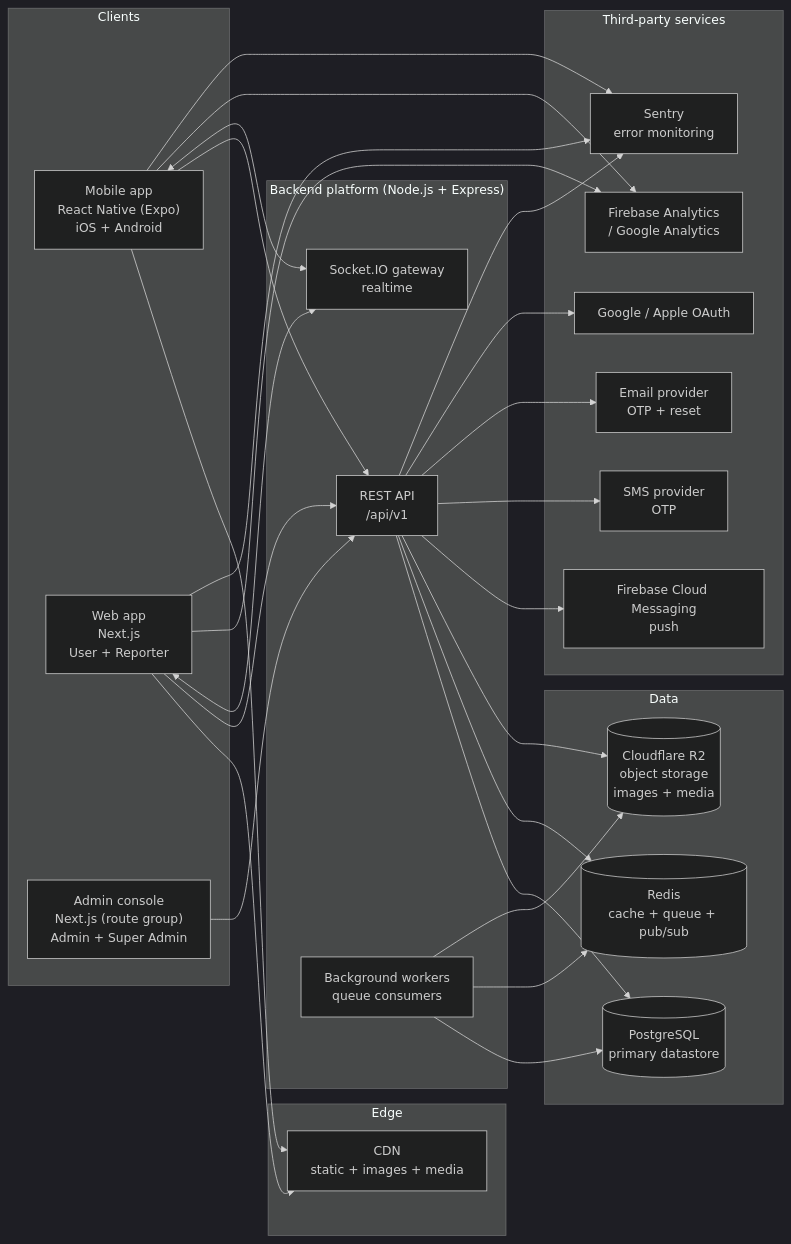
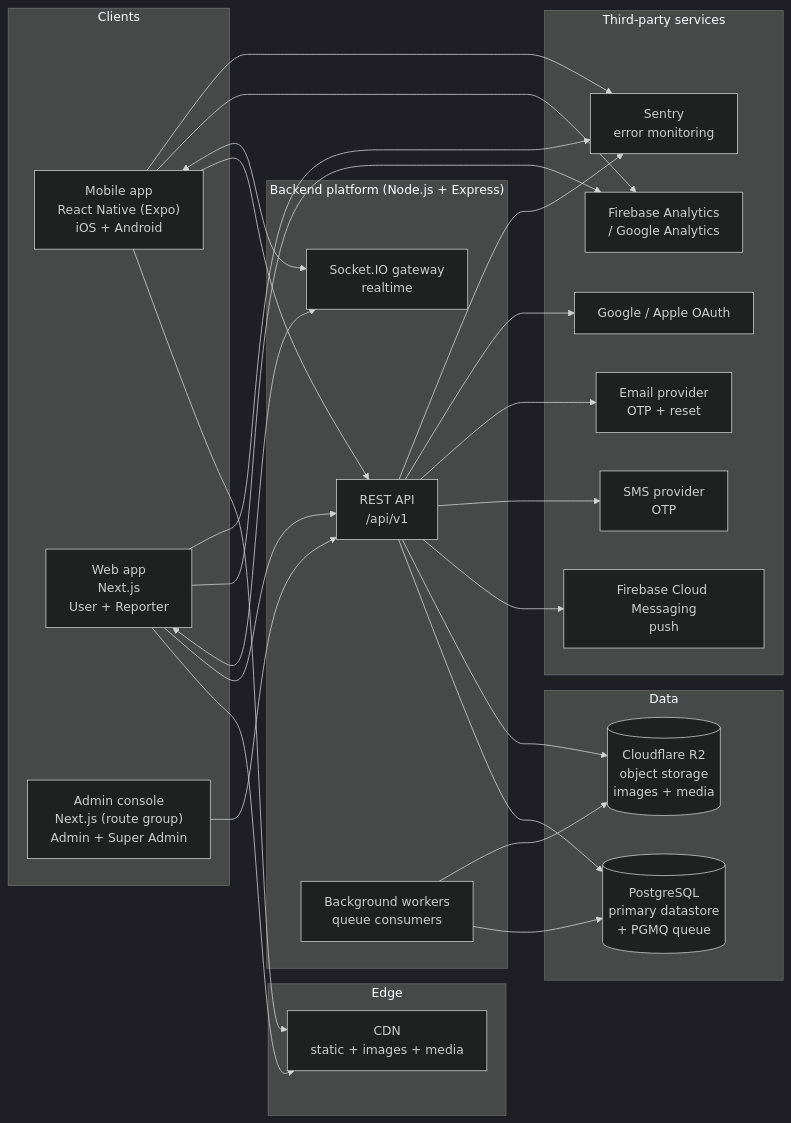
The first of 2 diagrams in docs/architecture/00-overview.md (jeerupraveen04/Newswatchrequirement), drawn with Mermaid (dark theme) before and after one commit. The commit also changed other lines of this file and 64 other files, not shown here.

````diff
--- a/docs/architecture/00-overview.md
+++ b/docs/architecture/00-overview.md
@@ -24,56 +24,53 @@
 ```mermaid
 flowchart LR
   subgraph Clients
     M["Mobile app\nReact Native (Expo)\niOS + Android"]
     W["Web app\nNext.js\nUser + Reporter"]
     A["Admin console\nNext.js (route group)\nAdmin + Super Admin"]
   end
 
   subgraph Edge
     CDN["CDN\nstatic + images + media"]
   end
 
   subgraph Backend["Backend platform (Node.js + Express)"]
     API["REST API\n/api/v1"]
     WS["Socket.IO gateway\nrealtime"]
     JOBS["Background workers\nqueue consumers"]
   end
 
   subgraph Data
-    PG[("PostgreSQL\nprimary datastore")]
-    REDIS[("Redis\ncache + queue + pub/sub")]
+    PG[("PostgreSQL\nprimary datastore\n+ PGMQ queue")]
     R2[("Cloudflare R2\nobject storage\nimages + media")]
   end
 
   subgraph ThirdParty["Third-party services"]
     FCM["Firebase Cloud Messaging\npush"]
     OAUTH["Google / Apple OAuth"]
     SMS["SMS provider\nOTP"]
     EMAIL["Email provider\nOTP + reset"]
     FA["Firebase Analytics\n/ Google Analytics"]
     SENTRY["Sentry\nerror monitoring"]
   end
 
   M --> CDN
   W --> CDN
   M --> API
   W --> API
   A --> API
   M <--> WS
   W <--> WS
   API --> PG
-  API --> REDIS
   API --> R2
   JOBS --> PG
-  JOBS --> REDIS
   JOBS --> R2
   API --> FCM
   API --> SMS
   API --> EMAIL
   API --> OAUTH
   M --> FA
   W --> FA
   M --> SENTRY
   W --> SENTRY
   API --> SENTRY
 ```
````
